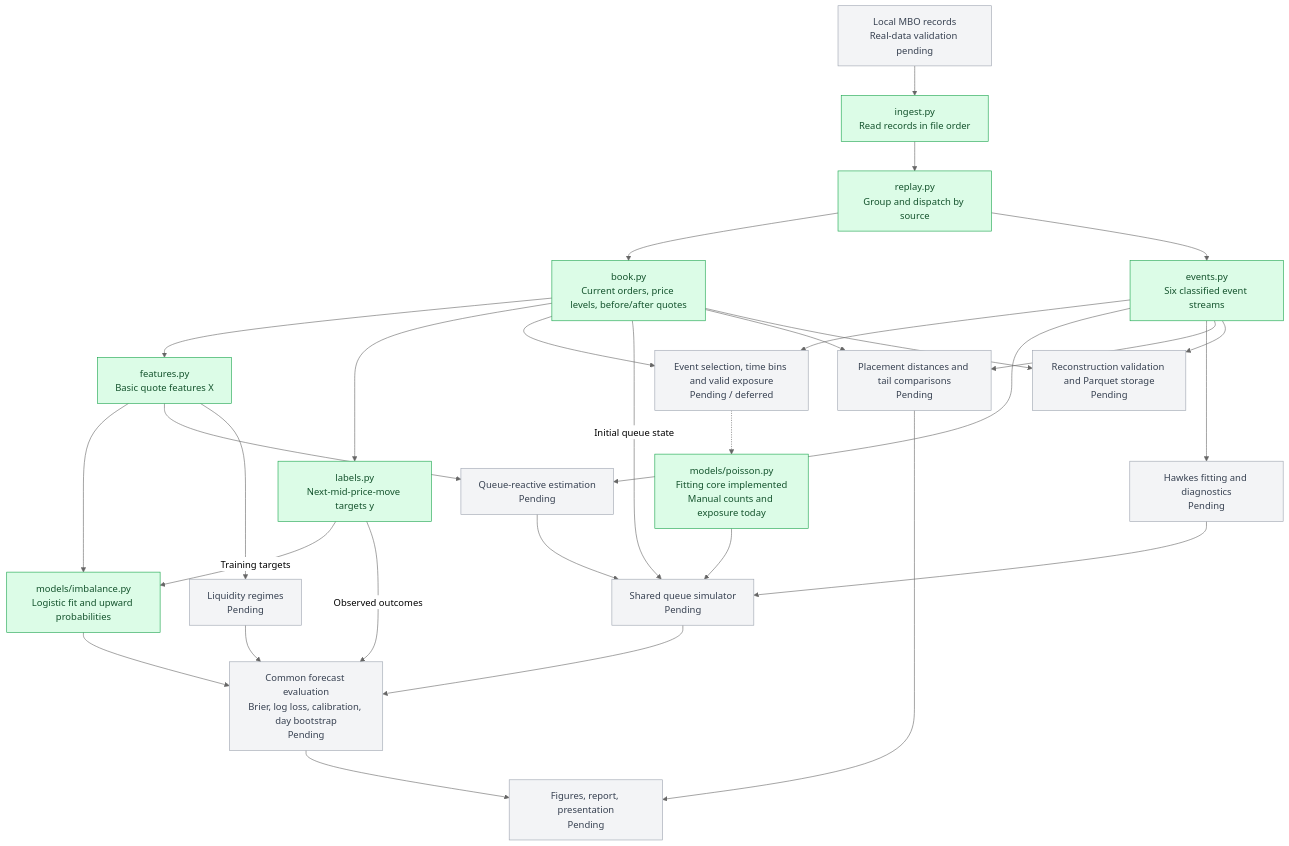
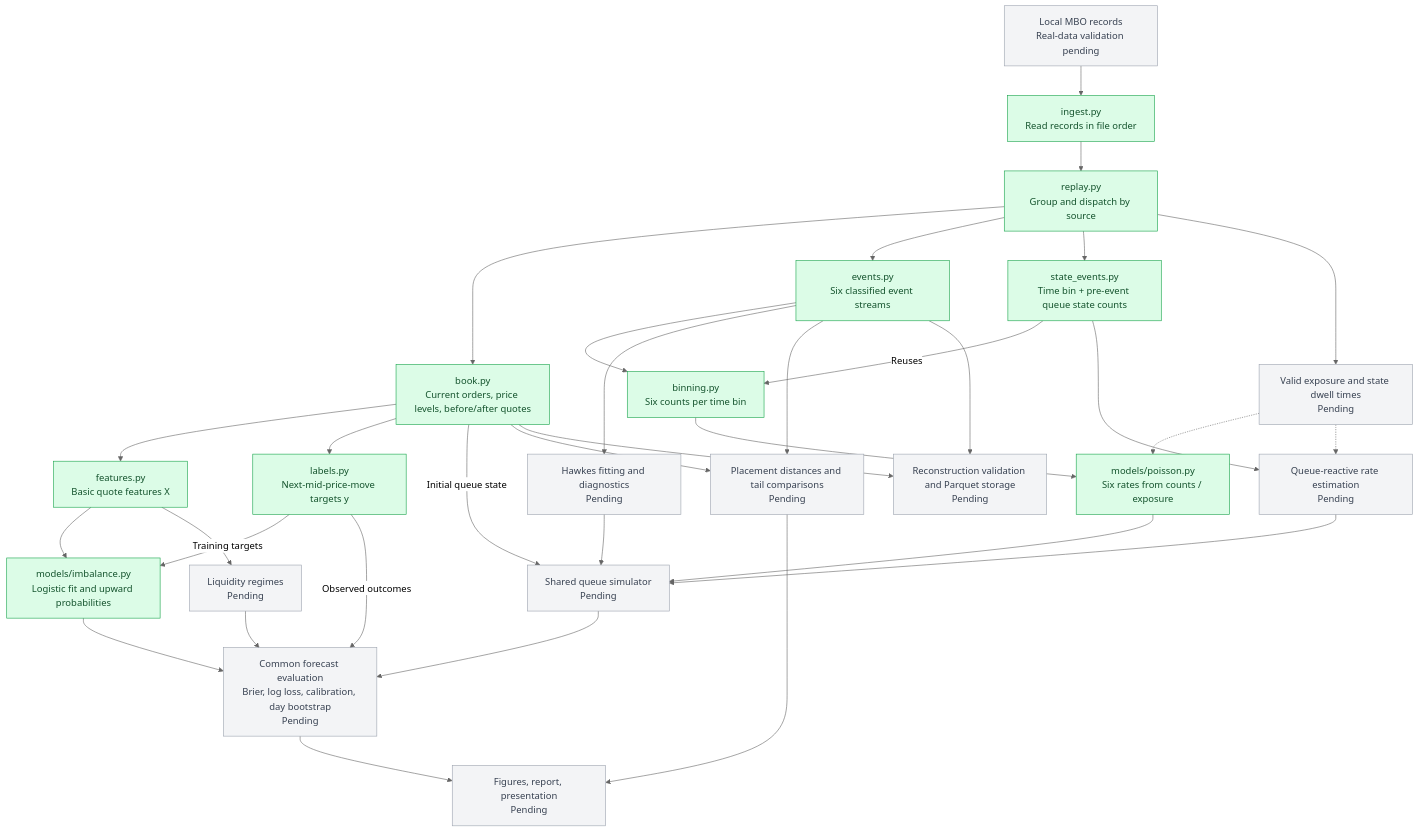
Before and after one commit to RyanHou0303/safproject: the diagram in README.md, drawn with Mermaid (neutral theme). The commit also changed other lines of this file and 10 other files, not shown here.

Commit message:
feat: add time and state event bins with team documentation

````diff
--- a/README.md
+++ b/README.md
@@ -145,41 +157,44 @@
 ```mermaid
 flowchart TD
     Raw["Local MBO records<br/>Real-data validation pending"] --> Ingest["ingest.py<br/>Read records in file order"]
     Ingest --> Replay["replay.py<br/>Group and dispatch by source"]
     Replay --> Book["book.py<br/>Current orders, price levels, before/after quotes"]
     Replay --> Events["events.py<br/>Six classified event streams"]
 
     Book --> Features["features.py<br/>Basic quote features X"]
     Book --> Labels["labels.py<br/>Next-mid-price-move targets y"]
     Features --> Logistic["models/imbalance.py<br/>Logistic fit and upward probabilities"]
     Labels -->|Training targets| Logistic
 
-    Events --> Binning["Event selection, time bins and valid exposure<br/>Pending / deferred"]
-    Book --> Binning
-    Binning -.-> Poisson["models/poisson.py<br/>Fitting core implemented<br/>Manual counts and exposure today"]
-    Events --> QR["Queue-reactive estimation<br/>Pending"]
-    Features --> QR
+    Events --> Binning["binning.py<br/>Six counts per time bin"]
+    Replay --> StateCounts["state_events.py<br/>Time bin + pre-event queue state counts"]
+    StateCounts -->|Reuses| Binning
+    Replay --> Exposure["Valid exposure and state dwell times<br/>Pending"]
+    Binning --> Poisson["models/poisson.py<br/>Six rates from counts / exposure"]
+    Exposure -.-> Poisson
+    StateCounts --> QR["Queue-reactive rate estimation<br/>Pending"]
+    Exposure -.-> QR
     Events --> Hawkes["Hawkes fitting and diagnostics<br/>Pending"]
     Poisson --> Simulator["Shared queue simulator<br/>Pending"]
     QR --> Simulator
     Hawkes --> Simulator
     Book -->|Initial queue state| Simulator
 
     Features --> Regimes["Liquidity regimes<br/>Pending"]
     Logistic --> Evaluation["Common forecast evaluation<br/>Brier, log loss, calibration, day bootstrap<br/>Pending"]
     Simulator --> Evaluation
     Labels -->|Observed outcomes| Evaluation
     Regimes --> Evaluation
 
     Book --> Tails["Placement distances and tail comparisons<br/>Pending"]
     Events --> Tails
     Book --> Validation["Reconstruction validation and Parquet storage<br/>Pending"]
     Events --> Validation
     Tails --> Report["Figures, report, presentation<br/>Pending"]
     Evaluation --> Report
 
     classDef prototype fill:#dcfce7,stroke:#16a34a,color:#14532d;
     classDef pending fill:#f3f4f6,stroke:#9ca3af,color:#374151;
-    class Ingest,Replay,Book,Events,Features,Labels,Logistic,Poisson prototype;
-    class Raw,Binning,QR,Hawkes,Simulator,Regimes,Evaluation,Tails,Validation,Report pending;
+    class Ingest,Replay,Book,Events,Features,Labels,Logistic,Poisson,Binning,StateCounts prototype;
+    class Raw,Exposure,QR,Hawkes,Simulator,Regimes,Evaluation,Tails,Validation,Report pending;
 ```
````
